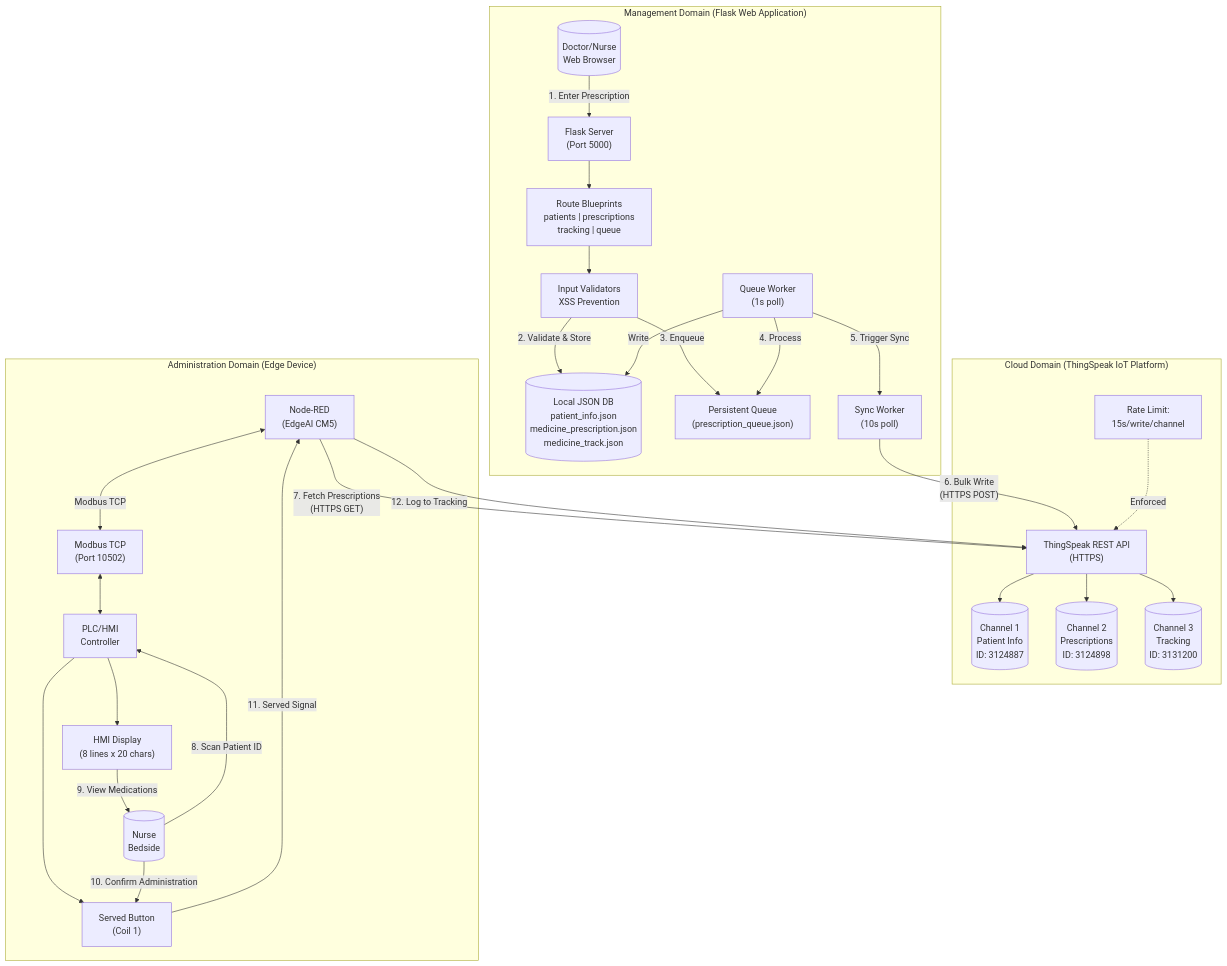
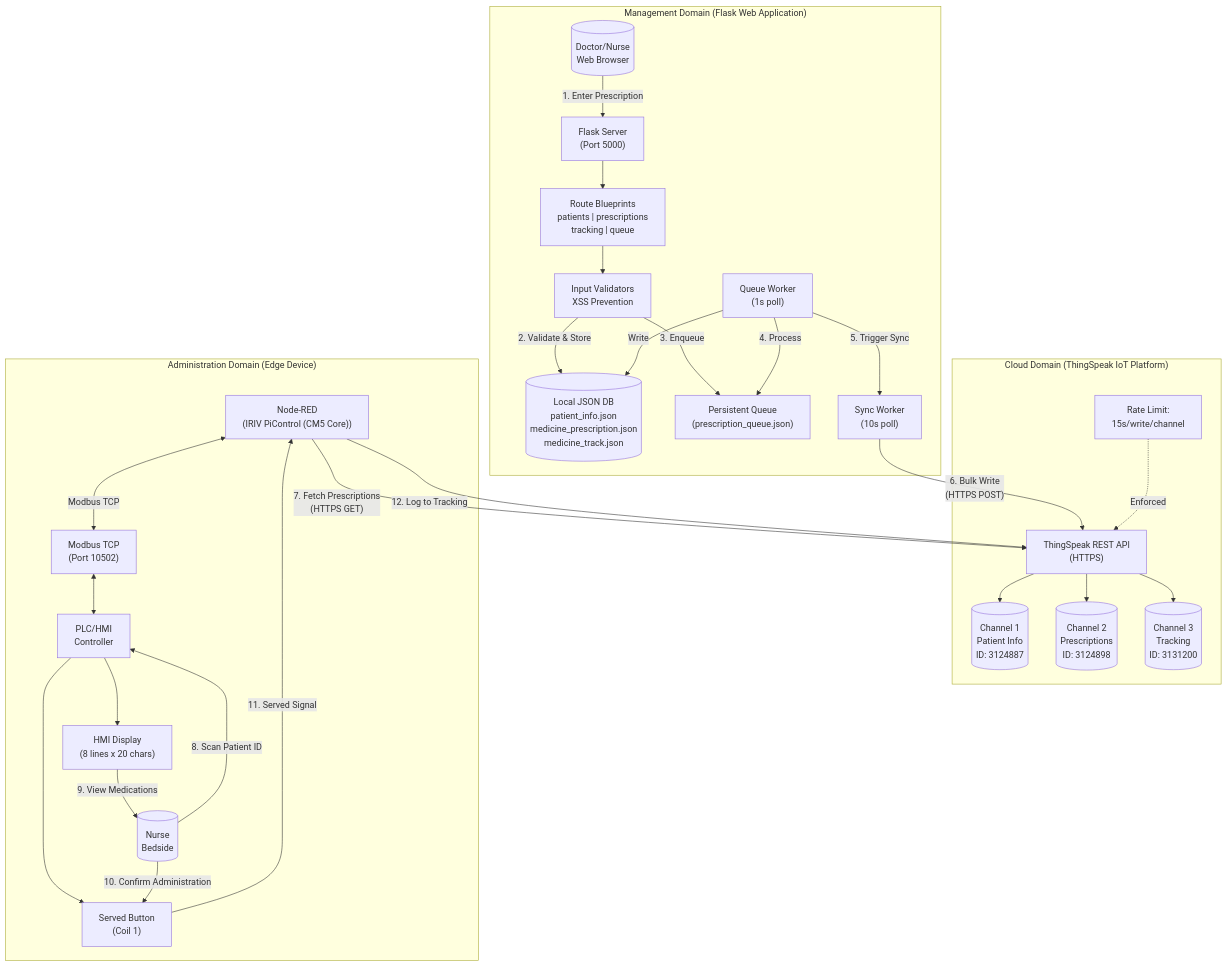
The first of 7 diagrams in docs/PROPOSED_METHOD_SOLUTION.md (Josan88/Electronic-Medication-Administration-Record), drawn with Mermaid before and after one commit. The commit also changed other lines of this file, not shown here.

````diff
--- a/docs/PROPOSED_METHOD_SOLUTION.md
+++ b/docs/PROPOSED_METHOD_SOLUTION.md
@@ -21,55 +21,55 @@
 ```mermaid
 graph TB
     subgraph Management["Management Domain (Flask Web Application)"]
         Doctor[("Doctor/Nurse<br/>Web Browser")]
         Flask["Flask Server<br/>(Port 5000)"]
         Routes["Route Blueprints<br/>patients | prescriptions<br/>tracking | queue"]
         Validators["Input Validators<br/>XSS Prevention"]
         LocalDB[("Local JSON DB<br/>patient_info.json<br/>medicine_prescription.json<br/>medicine_track.json")]
         Queue["Persistent Queue<br/>(prescription_queue.json)"]
         Worker1["Queue Worker<br/>(1s poll)"]
         Worker2["Sync Worker<br/>(10s poll)"]
     end
 
     subgraph Cloud["Cloud Domain (ThingSpeak IoT Platform)"]
         TS_API["ThingSpeak REST API<br/>(HTTPS)"]
         CH1[("Channel 1<br/>Patient Info<br/>ID: 3124887")]
         CH2[("Channel 2<br/>Prescriptions<br/>ID: 3124898")]
         CH3[("Channel 3<br/>Tracking<br/>ID: 3131200")]
         RateLimit["Rate Limit:<br/>15s/write/channel"]
     end
 
     subgraph Edge["Administration Domain (Edge Device)"]
-        NodeRED["Node-RED<br/>(EdgeAI CM5)"]
+        NodeRED["Node-RED<br/>(IRIV PiControl (CM5 Core))"]
         Modbus["Modbus TCP<br/>(Port 10502)"]
         PLC["PLC/HMI<br/>Controller"]
         Display["HMI Display<br/>(8 lines x 20 chars)"]
         Button["Served Button<br/>(Coil 1)"]
         Nurse[("Nurse<br/>Bedside")]
     end
 
     Doctor -->|"1. Enter Prescription"| Flask
     Flask --> Routes
     Routes --> Validators
     Validators -->|"2. Validate & Store"| LocalDB
     Validators -->|"3. Enqueue"| Queue
     Worker1 -->|"4. Process"| Queue
     Worker1 -->|"Write"| LocalDB
     Worker1 -->|"5. Trigger Sync"| Worker2
     Worker2 -->|"6. Bulk Write<br/>(HTTPS POST)"| TS_API
     TS_API --> CH1
     TS_API --> CH2
     TS_API --> CH3
     RateLimit -.->|"Enforced"| TS_API
 
     NodeRED -->|"7. Fetch Prescriptions<br/>(HTTPS GET)"| TS_API
     NodeRED <-->|"Modbus TCP"| Modbus
     Modbus <--> PLC
     PLC --> Display
     PLC --> Button
     Nurse -->|"8. Scan Patient ID"| PLC
     Display -->|"9. View Medications"| Nurse
     Nurse -->|"10. Confirm Administration"| Button
     Button -->|"11. Served Signal"| NodeRED
     NodeRED -->|"12. Log to Tracking"| TS_API
 ```
````
